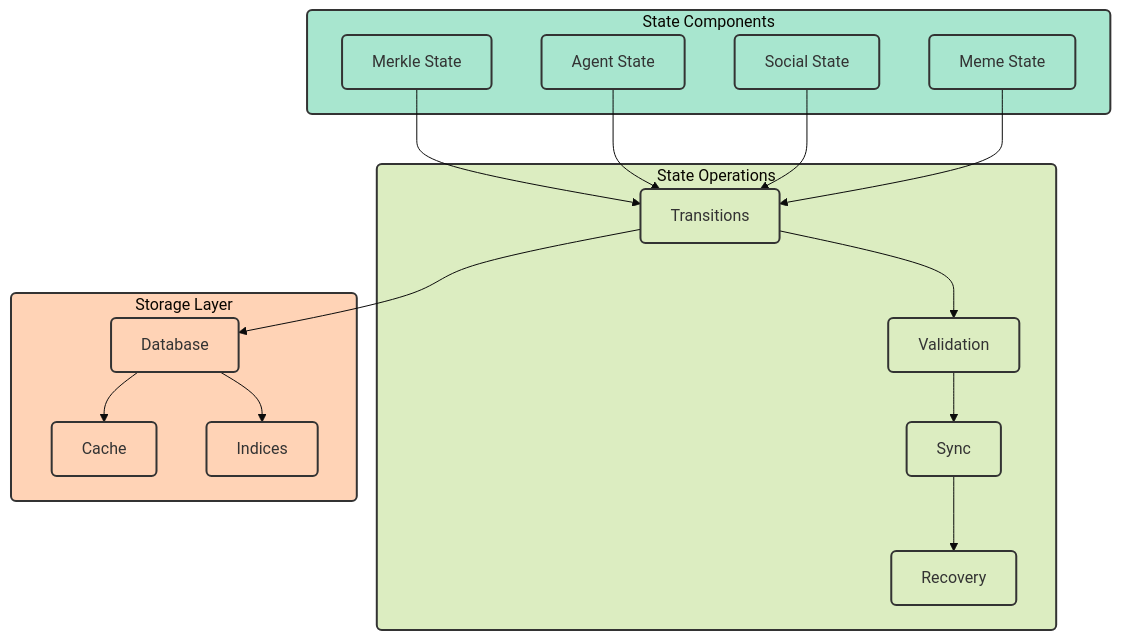
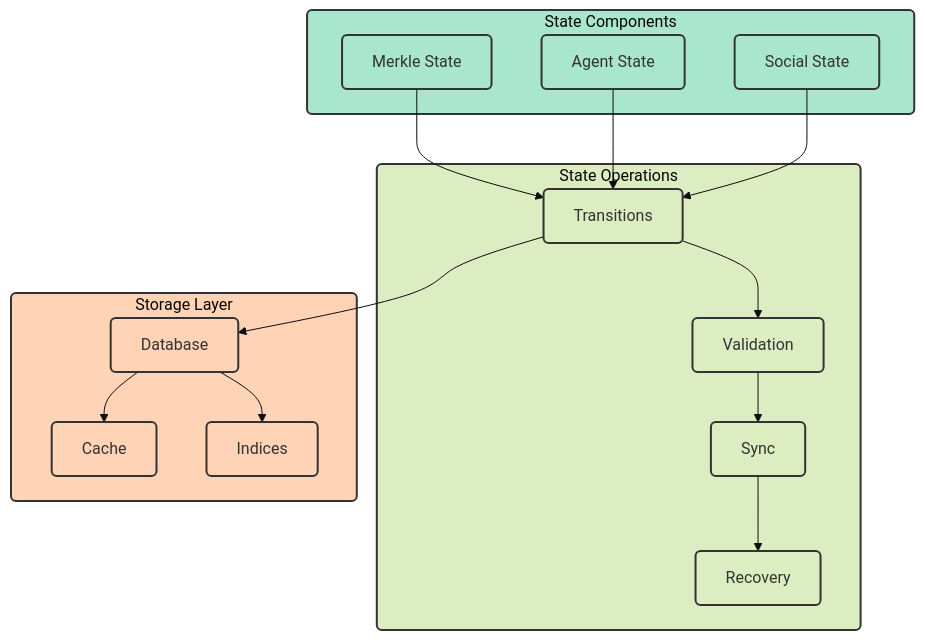
One commit to SumeetChougule/chaoschain changed the fourth of 6 diagrams in docs/introduction/architecture.md. Above: the diagram before and after it, drawn with Mermaid. The commit also changed other lines of this file, not shown here.

Commit message:
Remove all meme-related components from architecture diagrams

````diff
--- a/docs/introduction/architecture.md
+++ b/docs/introduction/architecture.md
@@ -135,43 +133,41 @@
 ```mermaid
 %%{init: {'theme': 'base', 'themeVariables': { 'fontSize': '16px', 'fontFamily': 'arial' }}}%%
 flowchart TB
     subgraph State["State Components"]
         MS["Merkle State"]
         AS["Agent State"]
         SS["Social State"]
-        MMS["Meme State"]
     end
     
     subgraph Ops["State Operations"]
         T["Transitions"]
         V["Validation"]
         S["Sync"]
         R["Recovery"]
     end
     
     subgraph Storage["Storage Layer"]
         DB["Database"]
         C["Cache"]
         I["Indices"]
     end
     
     MS --> T
     AS --> T
     SS --> T
-    MMS --> T
     T --> V
     V --> S
     S --> R
     T --> DB
     DB --> C
     DB --> I
     
     classDef default fill:#f8f9fa,stroke:#333,stroke-width:2px,rx:5,ry:5
     classDef state fill:#a8e6cf,stroke:#333,stroke-width:2px,rx:5,ry:5
     classDef ops fill:#dcedc1,stroke:#333,stroke-width:2px,rx:5,ry:5
     classDef storage fill:#ffd3b6,stroke:#333,stroke-width:2px,rx:5,ry:5
     
-    class MS,AS,SS,MMS,State state
+    class MS,AS,SS,State state
     class T,V,S,R,Ops ops
     class DB,C,I,Storage storage
 ```
````
